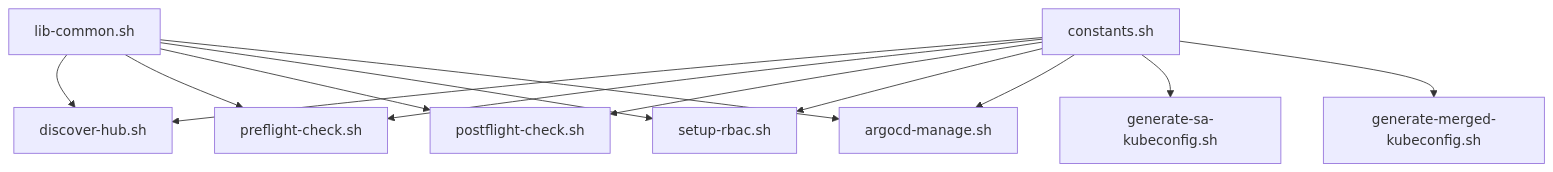
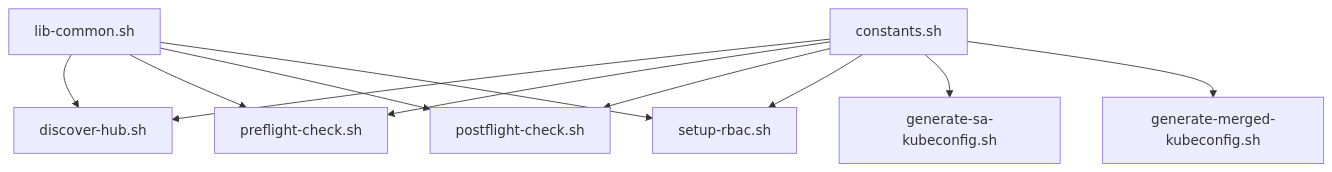
One commit to tomazb/rh-acm-switchover changed diagram 16 of 22 in docs/development/code-walkthrough.md. Above: the diagram before and after it, drawn with Mermaid. The commit also changed other lines of this file and 14 other files, not shown here.

Commit message:
refactor: remove deprecated argocd-manage.sh second pause register (#207)

````diff
--- a/docs/development/code-walkthrough.md
+++ b/docs/development/code-walkthrough.md
@@ -560,27 +559,24 @@
 ```mermaid
 flowchart TD
     Constants[constants.sh]
     Common[lib-common.sh]
 
     Discover[discover-hub.sh]
     Preflight[preflight-check.sh]
     Postflight[postflight-check.sh]
     Setup[setup-rbac.sh]
-    ArgoCD[argocd-manage.sh]
     SA[generate-sa-kubeconfig.sh]
     Merged[generate-merged-kubeconfig.sh]
 
     Constants --> Discover
     Constants --> Preflight
     Constants --> Postflight
     Constants --> Setup
-    Constants --> ArgoCD
     Constants --> SA
     Constants --> Merged
 
     Common --> Discover
     Common --> Preflight
     Common --> Postflight
     Common --> Setup
-    Common --> ArgoCD
 ```
````
